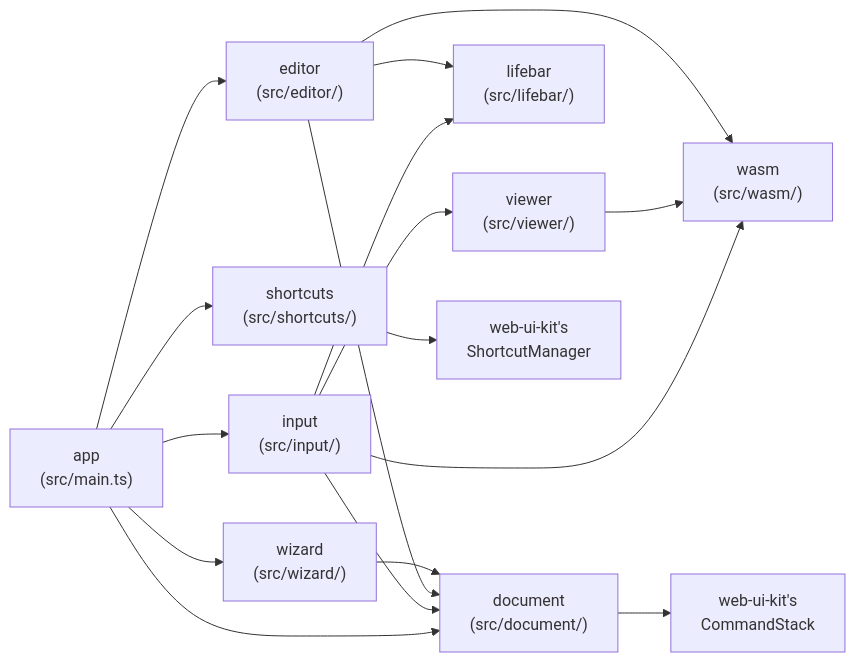
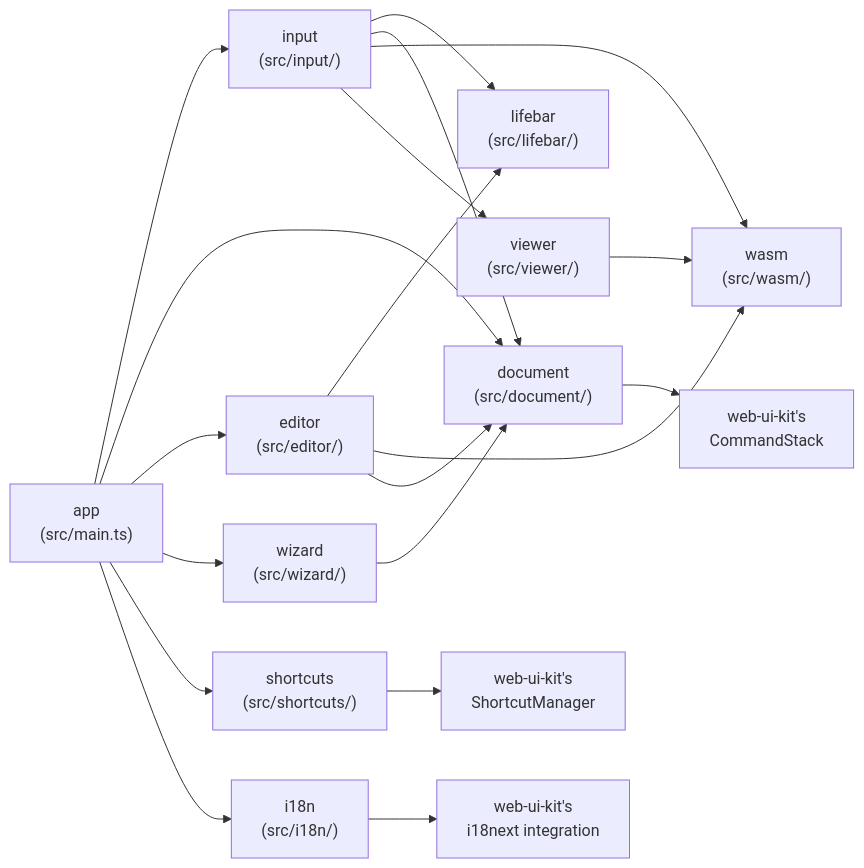
Before and after one commit to openkakutou/lifebar-editor: the first of 3 diagrams in docs/architecture.md, drawn with Mermaid. The commit also changed other lines of this file and 41 other files, not shown here.

````diff
--- a/docs/architecture.md
+++ b/docs/architecture.md
@@ -13,19 +13,21 @@
 ```mermaid
 flowchart LR
     app["app\n(src/main.ts)"] --> input["input\n(src/input/)"]
     app --> document["document\n(src/document/)"]
     app --> editor["editor\n(src/editor/)"]
     app --> wizard["wizard\n(src/wizard/)"]
     app --> shortcuts["shortcuts\n(src/shortcuts/)"]
     input --> lifebar["lifebar\n(src/lifebar/)"]
     input --> document
     input --> wasm["wasm\n(src/wasm/)"]
     input --> viewer["viewer\n(src/viewer/)"]
     viewer --> wasm
     editor --> lifebar
     editor --> wasm
     editor --> document
     wizard --> document
     document --> webUiKit["web-ui-kit's\nCommandStack"]
     shortcuts --> webUiKit2["web-ui-kit's\nShortcutManager"]
+    app --> i18n["i18n\n(src/i18n/)"]
+    i18n --> webUiKit3["web-ui-kit's\ni18next integration"]
 ```
````
